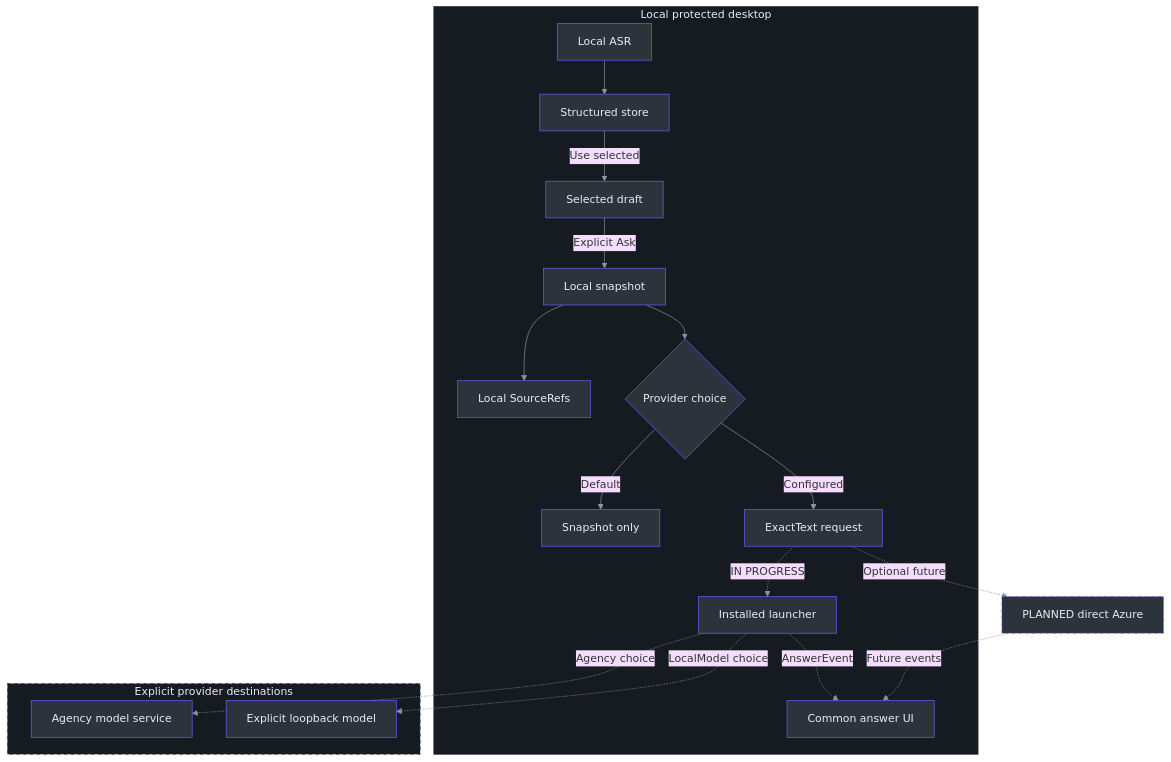
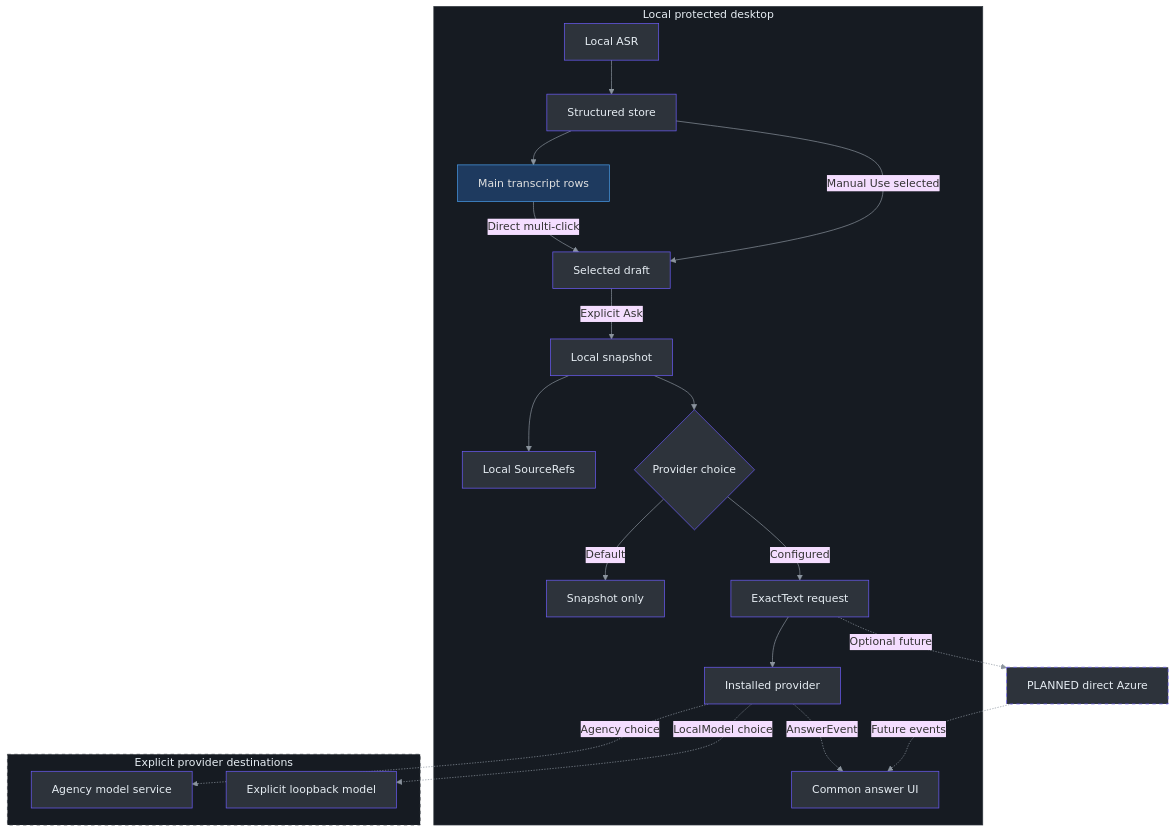
One commit to Zanark/phantom-fudge changed the first of 2 diagrams in docs/AI-ANSWER-ARCHITECTURE.md. Above: the diagram before and after it, drawn with Mermaid. The commit also changed other lines of this file and 371 other files, not shown here.

````diff
--- a/docs/AI-ANSWER-ARCHITECTURE.md
+++ b/docs/AI-ANSWER-ARCHITECTURE.md
@@ -46,49 +89,52 @@
 ```mermaid
 ---
 config:
   theme: base
   themeVariables:
     lineColor: "#8b949e"
     textColor: "#e6edf3"
 ---
 flowchart TB
-    accTitle: Local snapshots, IN PROGRESS Agency-first path and PLANNED Azure
-    accDescr: SnapshotOnly is the no-send state. One separately authorized Agency probe succeeded through its remote model service, but local adapter checks are complete. LocalModel is a separate option with mock-only evidence; no fallback is implied.
+    accTitle: Local snapshots, persistent Agency ACP and PLANNED Azure
+    accDescr: Direct multi-click rows or the manual chooser build a local draft. Manual Ask alone projects ExactText into the selected provider. SnapshotOnly sends nothing, and Azure remains planned.
     subgraph Local["Local protected desktop"]
         ASR["Local ASR"] --> Store["Structured store"]
-        Store -->|Use selected| Draft["Selected draft"]
+        Store --> Rows["Main transcript rows"]
+        Rows -->|Direct multi-click| Draft["Selected draft"]
+        Store -->|Manual Use selected| Draft
         Draft -->|Explicit Ask| Snapshot["Local snapshot"]
         Snapshot --> Refs["Local SourceRefs"]
         Snapshot --> Choice{"Provider choice"}
         Choice -->|Default| NoSend["Snapshot only"]
         Choice -->|Configured| Request["ExactText request"]
-        Request -. IN PROGRESS .-> CLI["Installed launcher"]
+        Request --> CLI["Installed provider"]
         Answer["Common answer UI"]
     end
     subgraph Targets["Explicit provider destinations"]
         Agency["Agency model service"]
         Loopback["Explicit loopback model"]
     end
     Azure["PLANNED direct Azure"]
     CLI -. Agency choice .-> Agency
     CLI -. LocalModel choice .-> Loopback
     CLI -. AnswerEvent .-> Answer
     Request -. Optional future .-> Azure
     Azure -. Future events .-> Answer
     style ASR fill:#2d333b,stroke:#6d5dfc,color:#e6edf3
     style Store fill:#2d333b,stroke:#6d5dfc,color:#e6edf3
+    style Rows fill:#1e3a5f,stroke:#4a9eed,color:#e0e0e0
     style Draft fill:#2d333b,stroke:#6d5dfc,color:#e6edf3
     style Snapshot fill:#2d333b,stroke:#6d5dfc,color:#e6edf3
     style Refs fill:#2d333b,stroke:#6d5dfc,color:#e6edf3
     style Choice fill:#2d333b,stroke:#6d5dfc,color:#e6edf3
     style NoSend fill:#2d333b,stroke:#6d5dfc,color:#e6edf3
     style Request fill:#2d333b,stroke:#6d5dfc,color:#e6edf3
     style CLI fill:#2d333b,stroke:#6d5dfc,color:#e6edf3
     style Answer fill:#2d333b,stroke:#6d5dfc,color:#e6edf3
     style Agency fill:#2d333b,stroke:#6d5dfc,color:#e6edf3
     style Loopback fill:#2d333b,stroke:#6d5dfc,color:#e6edf3
     style Azure fill:#2d333b,stroke:#6d5dfc,color:#e6edf3,stroke-dasharray:5 5
     style Local fill:#161b22,stroke:#30363d,color:#e6edf3
     style Targets fill:#161b22,stroke:#30363d,color:#e6edf3,stroke-dasharray:5 5
     linkStyle default stroke:#8b949e
 ```
````
